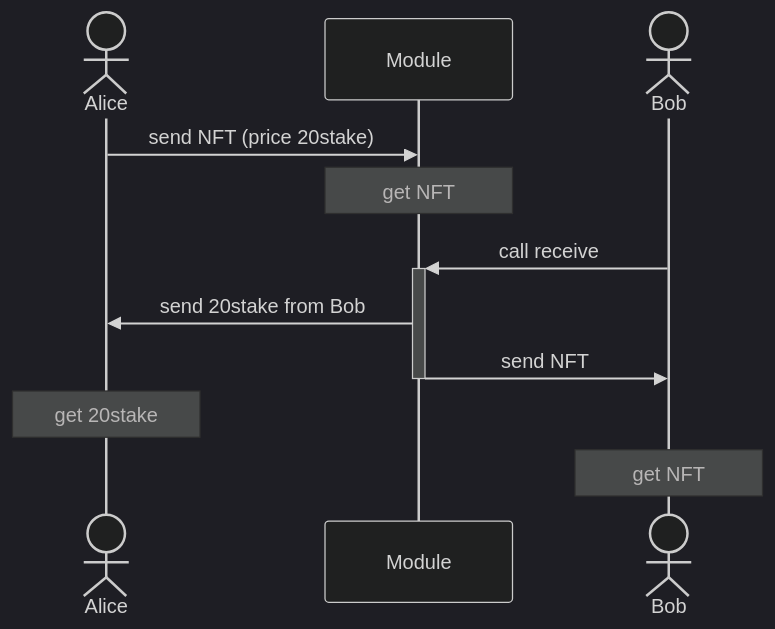
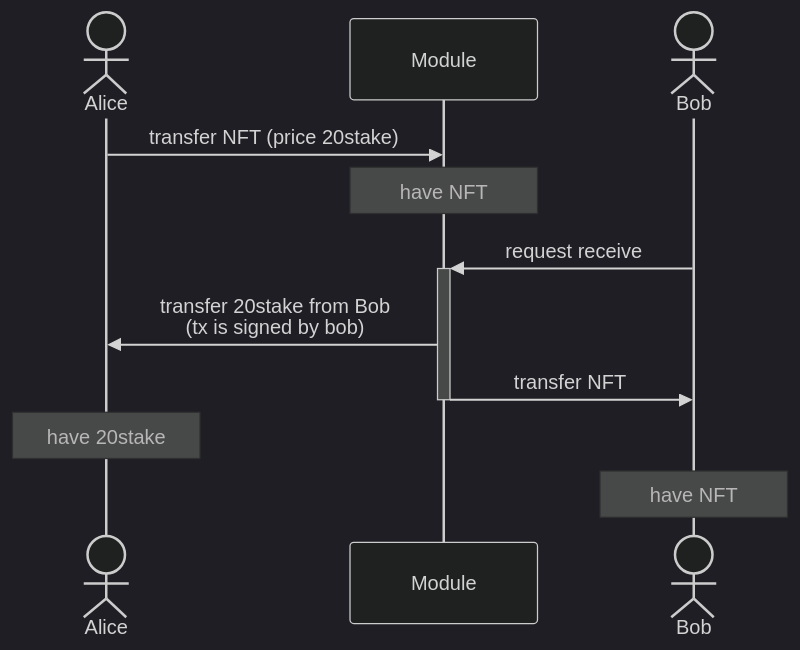
Before and after one commit to devnova777/cosmos-trustless-swap: the second of 2 diagrams in README.md, drawn with Mermaid (dark theme). The commit also changed other lines of this file, not shown here.

````diff
--- a/README.md
+++ b/README.md
@@ -26,13 +26,13 @@
 ```mermaid
   sequenceDiagram
       actor Alice
       participant Module
       actor Bob
-      Alice ->> Module: send NFT (price 20stake)
-      Note over Module: get NFT
-      Bob ->>+ Module: call receive
-      Module ->> Alice: send 20stake from Bob
-      Module ->>- Bob: send NFT 
-      Note over Alice: get 20stake
-      Note over Bob: get NFT
+      Alice ->> Module: transfer NFT (price 20stake)
+      Note over Module: have NFT
+      Bob ->>+ Module: request receive
+      Module ->> Alice: transfer 20stake from Bob<br/> (tx is signed by bob)
+      Module ->>- Bob: transfer NFT 
+      Note over Alice: have 20stake
+      Note over Bob: have NFT
 ```
````
